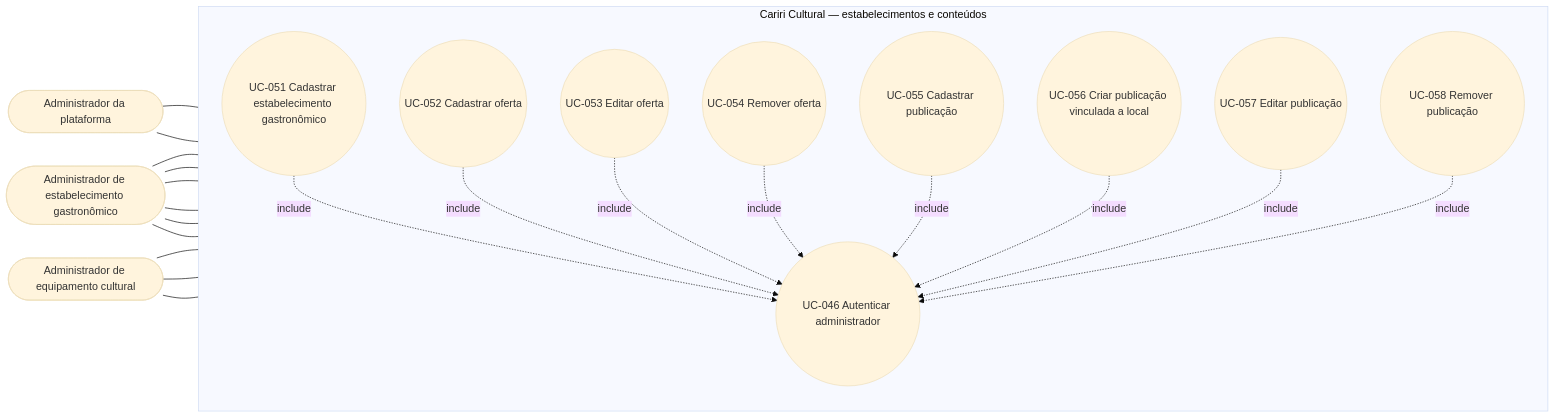
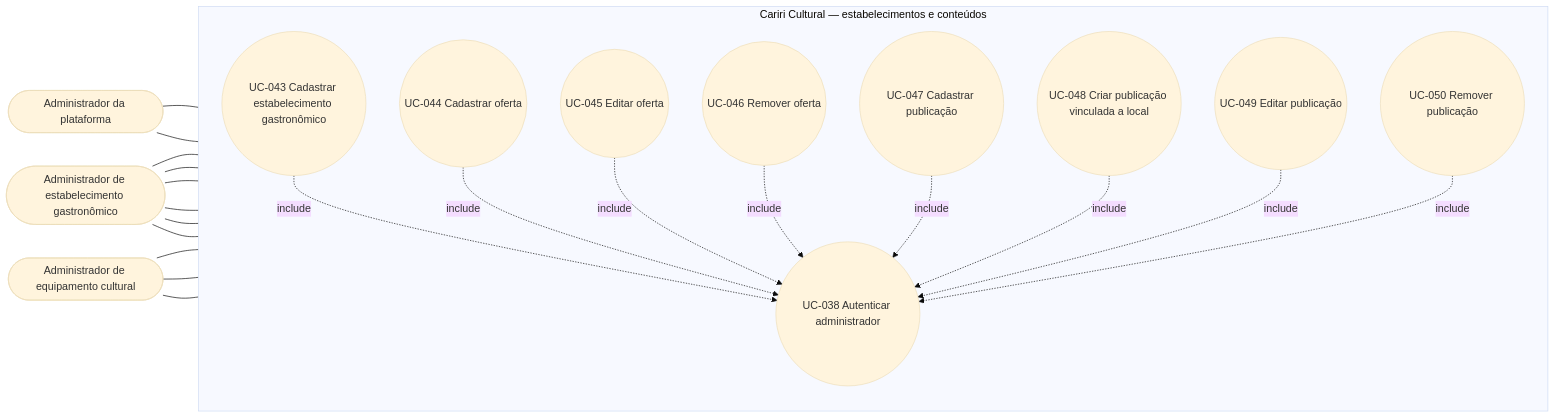
One commit to alan-mendes-ufca/CaririCultural changed the ninth of 11 diagrams in home/user-cases/use-cases-diagram.md. Above: the diagram before and after it, drawn with Mermaid (base theme). The commit also changed other lines of this file and 4 other files, not shown here.

````diff
--- a/home/user-cases/use-cases-diagram.md
+++ b/home/user-cases/use-cases-diagram.md
@@ -389,35 +332,35 @@
 ```mermaid
 flowchart LR
     %% Atores
     APL([Administrador da plataforma])
     AEC([Administrador de equipamento cultural])
     AEG([Administrador de estabelecimento gastronômico])
 
     subgraph CC [Cariri Cultural — estabelecimentos e conteúdos]
         direction TB
-        UC046((UC-046 Autenticar administrador))
-        UC051((UC-051 Cadastrar estabelecimento gastronômico))
-        UC052((UC-052 Cadastrar oferta))
-        UC053((UC-053 Editar oferta))
-        UC054((UC-054 Remover oferta))
-        UC055((UC-055 Cadastrar publicação))
-        UC056((UC-056 Criar publicação vinculada a local))
-        UC057((UC-057 Editar publicação))
-        UC058((UC-058 Remover publicação))
+        UC038((UC-038 Autenticar administrador))
+        UC043((UC-043 Cadastrar estabelecimento gastronômico))
+        UC044((UC-044 Cadastrar oferta))
+        UC045((UC-045 Editar oferta))
+        UC046((UC-046 Remover oferta))
+        UC047((UC-047 Cadastrar publicação))
+        UC048((UC-048 Criar publicação vinculada a local))
+        UC049((UC-049 Editar publicação))
+        UC050((UC-050 Remover publicação))
     end
 
     %% Relações Ator -> Caso de Uso
-    APL --- UC051 & UC055
-    AEG --- UC052 & UC053 & UC054 & UC056 & UC057 & UC058
-    AEC --- UC056 & UC057 & UC058
+    APL --- UC043 & UC047
+    AEG --- UC044 & UC045 & UC046 & UC048 & UC049 & UC050
+    AEC --- UC048 & UC049 & UC050
 
     %% Relações Include
-    UC051 -.->|include| UC046
-    UC052 -.->|include| UC046
-    UC053 -.->|include| UC046
-    UC054 -.->|include| UC046
-    UC055 -.->|include| UC046
-    UC056 -.->|include| UC046
-    UC057 -.->|include| UC046
-    UC058 -.->|include| UC046
+    UC043 -.->|include| UC038
+    UC044 -.->|include| UC038
+    UC045 -.->|include| UC038
+    UC046 -.->|include| UC038
+    UC047 -.->|include| UC038
+    UC048 -.->|include| UC038
+    UC049 -.->|include| UC038
+    UC050 -.->|include| UC038
 ```
````
